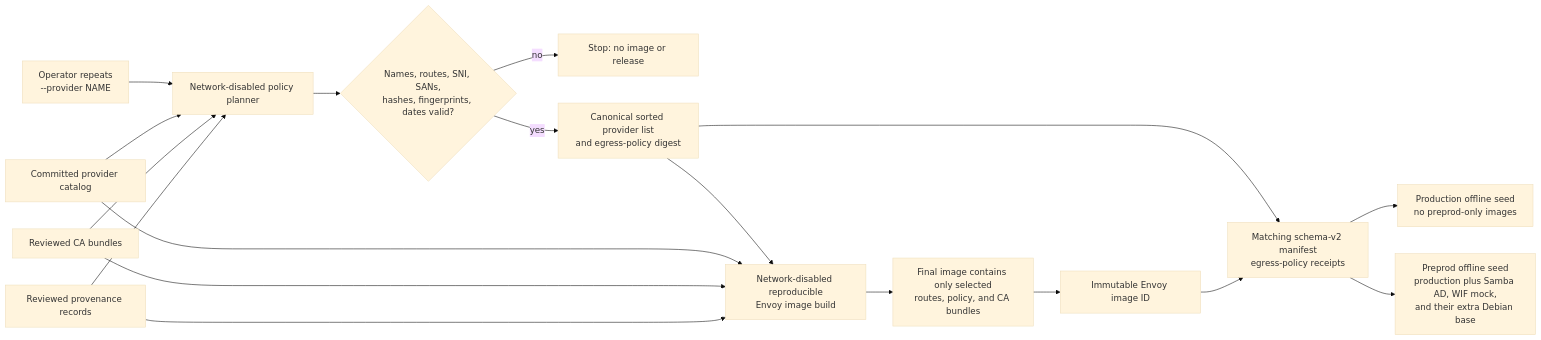
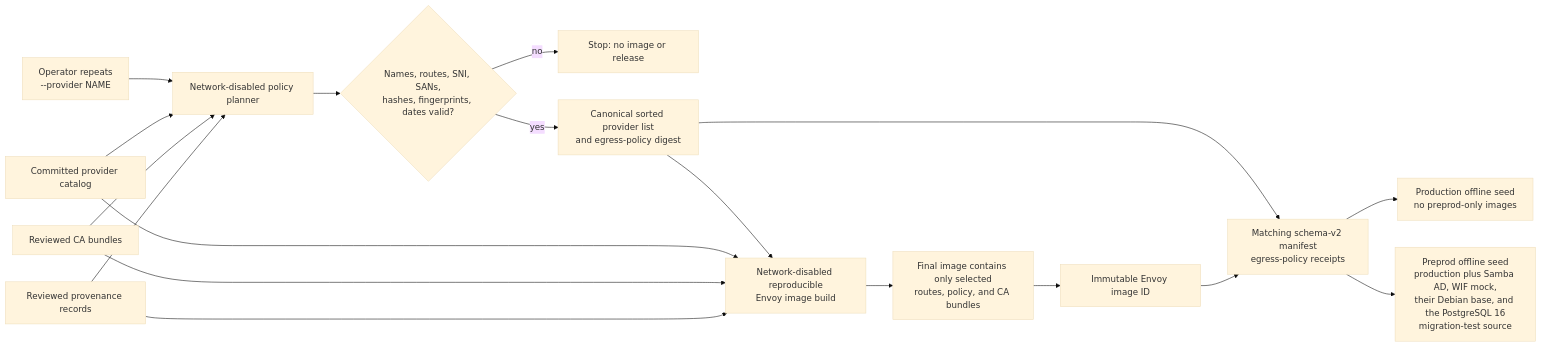
Diagram 11 of 17 in docs/architecture-diagrams.md (derhornspieler/ai-gateway), drawn with Mermaid (base theme) before and after one commit. The commit also changed other lines of this file and 169 other files, not shown here.

````diff
--- a/docs/architecture-diagrams.md
+++ b/docs/architecture-diagrams.md
@@ -358,20 +373,20 @@
 ```mermaid
 flowchart LR
   OP[Operator repeats<br/>--provider NAME] --> PLAN[Network-disabled policy planner]
   CAT[Committed provider catalog] --> PLAN
   CA[Reviewed CA bundles] --> PLAN
   PROV[Reviewed provenance records] --> PLAN
   PLAN --> CHECK{Names, routes, SNI, SANs,<br/>hashes, fingerprints, dates valid?}
   CHECK -- no --> STOP[Stop: no image or release]
   CHECK -- yes --> CANON[Canonical sorted provider list<br/>and egress-policy digest]
   CANON --> BUILD[Network-disabled reproducible<br/>Envoy image build]
   CAT --> BUILD
   CA --> BUILD
   PROV --> BUILD
   BUILD --> ONLY[Final image contains only selected<br/>routes, policy, and CA bundles]
   ONLY --> ID[Immutable Envoy image ID]
   CANON --> MAN[Matching schema-v2 manifest<br/>egress-policy receipts]
   ID --> MAN
   MAN --> PROD[Production offline seed<br/>no preprod-only images]
-  MAN --> PRE[Preprod offline seed<br/>production plus Samba AD, WIF mock,<br/>and their extra Debian base]
+  MAN --> PRE[Preprod offline seed<br/>production plus Samba AD, WIF mock,<br/>their Debian base, and the PostgreSQL 16<br/>migration-test source]
 ```
````
